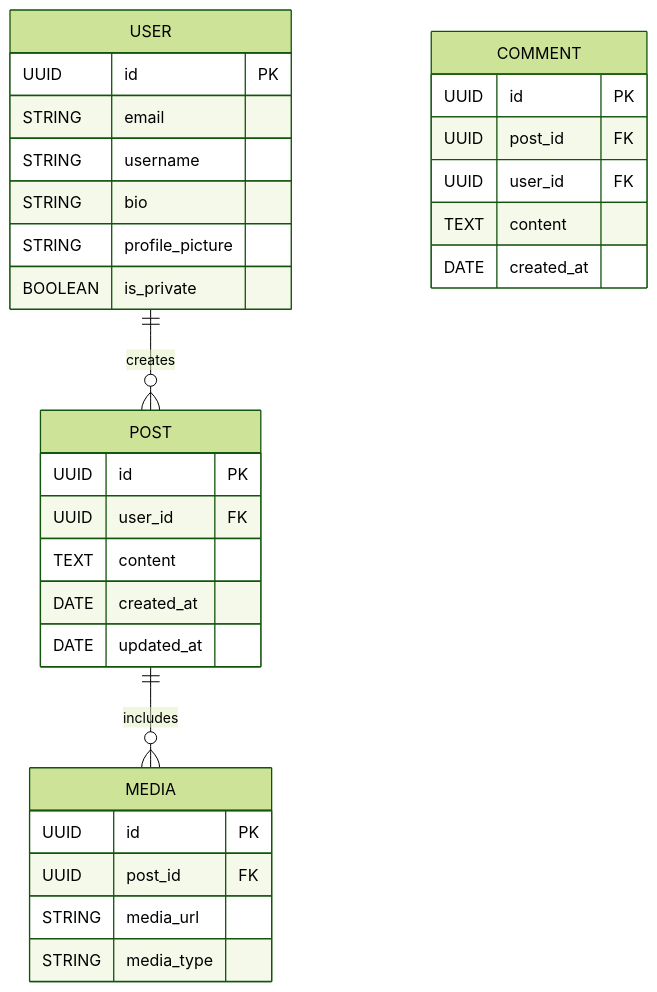
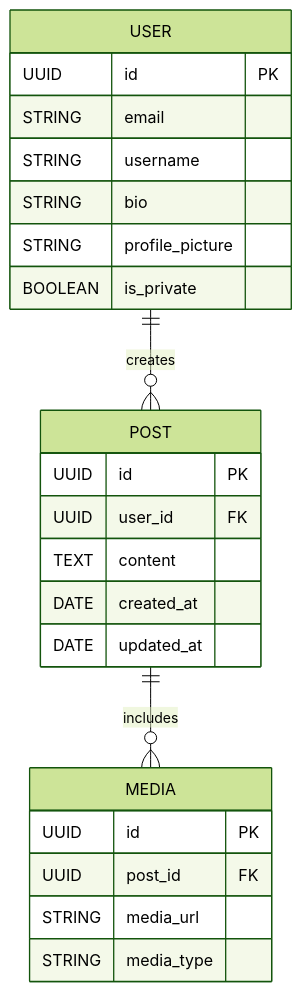
The diagram in docs/database.md (matheodrd/linkup), drawn with Mermaid (forest theme) before and after one commit.

Commit message:
update db diagram

````diff
--- a/docs/database.md
+++ b/docs/database.md
@@ -5,37 +5,29 @@
 ```mermaid
 erDiagram
     USER {
         UUID id PK
         STRING email
         STRING username
         STRING bio
         STRING profile_picture
         BOOLEAN is_private
     }
 
     POST {
         UUID id PK
         UUID user_id FK
         TEXT content
         DATE created_at
         DATE updated_at
     }
 
     MEDIA {
         UUID id PK
         UUID post_id FK
         STRING media_url
         STRING media_type
     }
 
-    COMMENT {
-        UUID id PK
-        UUID post_id FK
-        UUID user_id FK
-        TEXT content
-        DATE created_at
-    }
-
     USER ||--o{ POST : "creates"
     POST ||--o{ MEDIA : "includes"
 ```
````
